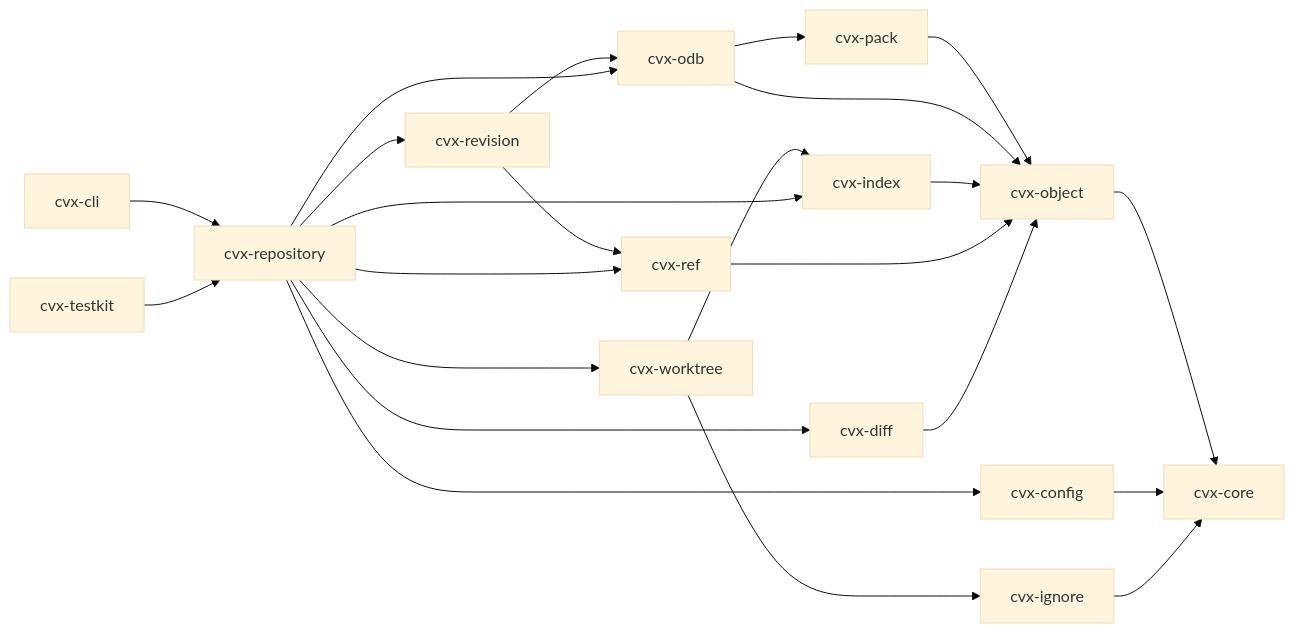
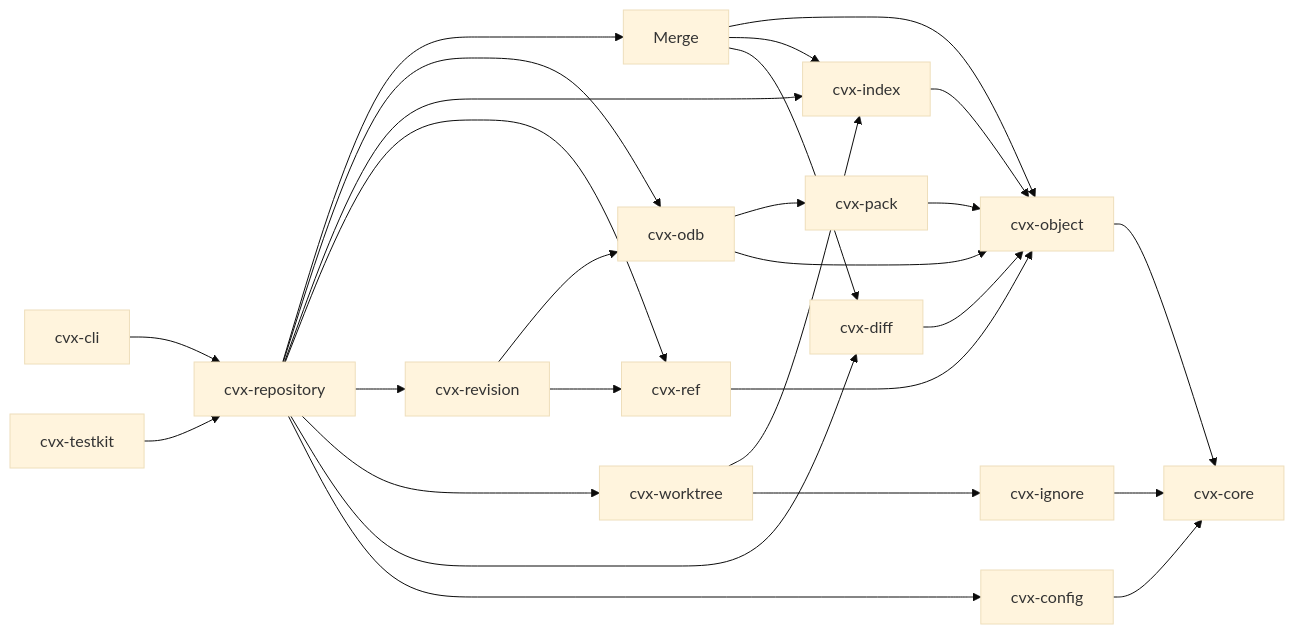
One commit to marcosgabrielgomes110-collab/cvx changed the second of 9 diagrams in docs/architecture.md. Above: the diagram before and after it, drawn with Mermaid (base theme). The commit also changed other lines of this file and 34 other files, not shown here.

````diff
--- a/docs/architecture.md
+++ b/docs/architecture.md
@@ -57,40 +58,44 @@
 ```mermaid
 flowchart LR
     Core["cvx-core"]
     Object["cvx-object"]
     Config["cvx-config"]
     Pack["cvx-pack"]
     ODB["cvx-odb"]
     Index["cvx-index"]
     Refs["cvx-ref"]
     Ignore["cvx-ignore"]
     Revision["cvx-revision"]
     Worktree["cvx-worktree"]
     Diff["cvx-diff"]
     Repo["cvx-repository"]
     CLI["cvx-cli"]
     Testkit["cvx-testkit"]
 
     Object --> Core
     Config --> Core
     Pack --> Object
     ODB --> Pack
     ODB --> Object
     Index --> Object
     Refs --> Object
     Ignore --> Core
     Revision --> ODB
     Revision --> Refs
     Worktree --> Index
     Worktree --> Ignore
     Diff --> Object
+    Merge --> Object
+    Merge --> Index
+    Merge --> Diff
+    Repo --> Merge
     Repo --> ODB
     Repo --> Index
     Repo --> Refs
     Repo --> Revision
     Repo --> Worktree
     Repo --> Diff
     Repo --> Config
     CLI --> Repo
     Testkit --> Repo
 ```
````
